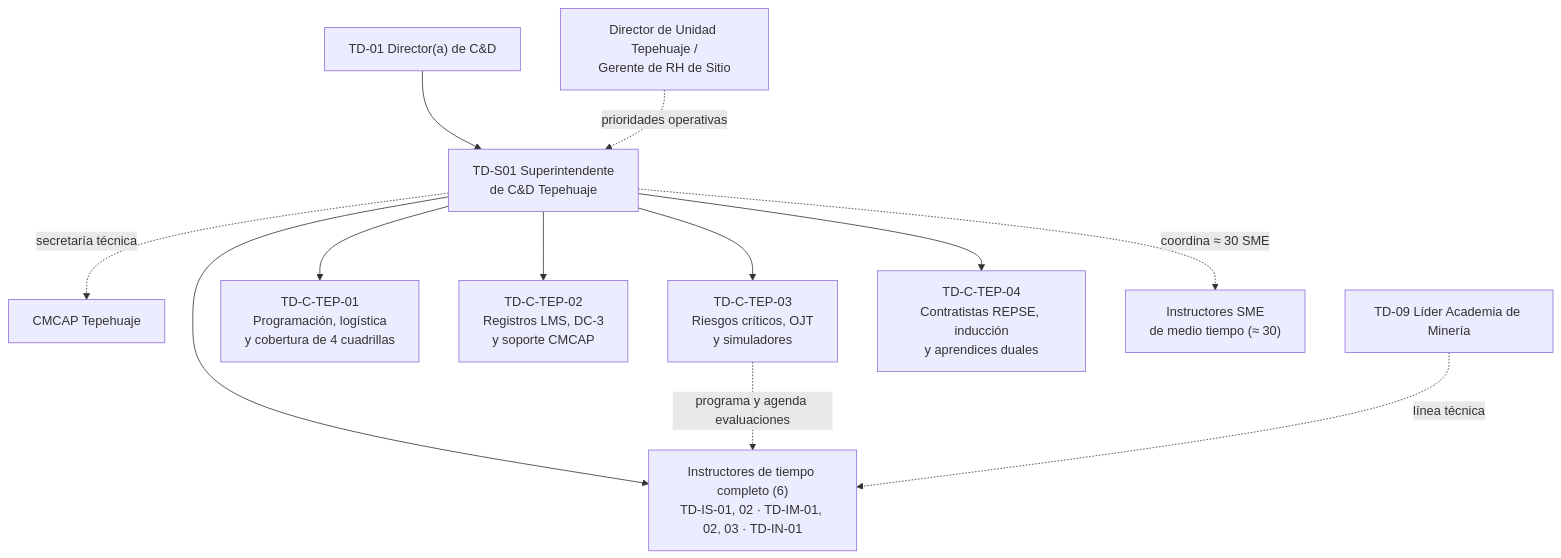
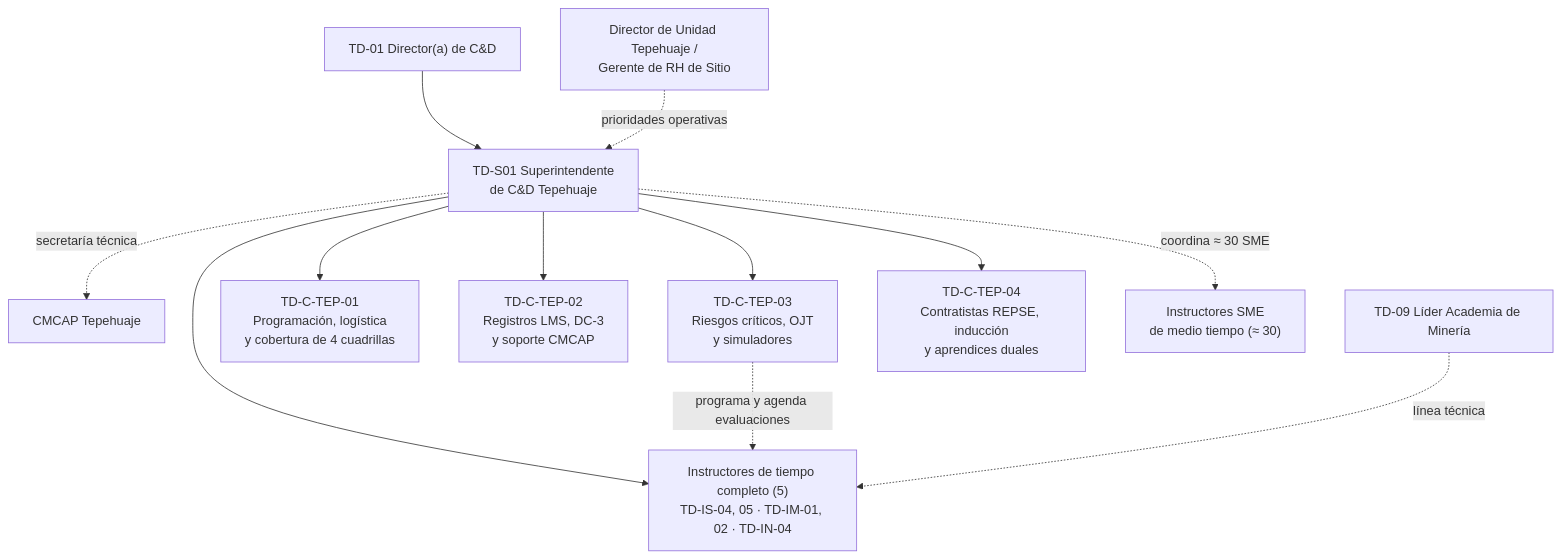
The first of 5 diagrams in 03-department-design/org/04-equipos-de-sitio.md (diegocardonaguzman03-maker/HR), drawn with Mermaid before and after one commit. The commit also changed other lines of this file and 1 other file, not shown here.

````diff
--- a/03-department-design/org/04-equipos-de-sitio.md
+++ b/03-department-design/org/04-equipos-de-sitio.md
@@ -52,19 +52,19 @@
 ```mermaid
 flowchart TB
     DIR["TD-01 Director(a) de C&D"]
     DS["Director de Unidad Tepehuaje /<br/>Gerente de RH de Sitio"]
     CM["CMCAP Tepehuaje"]
     AM["TD-09 Líder Academia de Minería"]
     S["TD-S01 Superintendente<br/>de C&D Tepehuaje"]
     DIR --> S
     DS -. "prioridades operativas" .-> S
     S -. "secretaría técnica" .-> CM
     S --> C1["TD-C-TEP-01<br/>Programación, logística<br/>y cobertura de 4 cuadrillas"]
     S --> C2["TD-C-TEP-02<br/>Registros LMS, DC-3<br/>y soporte CMCAP"]
     S --> C3["TD-C-TEP-03<br/>Riesgos críticos, OJT<br/>y simuladores"]
     S --> C4["TD-C-TEP-04<br/>Contratistas REPSE, inducción<br/>y aprendices duales"]
-    S --> I["Instructores de tiempo completo (6)<br/>TD-IS-01, 02 · TD-IM-01, 02, 03 · TD-IN-01"]
+    S --> I["Instructores de tiempo completo (5)<br/>TD-IS-04, 05 · TD-IM-01, 02 · TD-IN-04"]
     C3 -. "programa y agenda evaluaciones" .-> I
     AM -. "línea técnica" .-> I
     S -. "coordina ≈ 30 SME" .-> SME["Instructores SME<br/>de medio tiempo (≈ 30)"]
 ```
````
